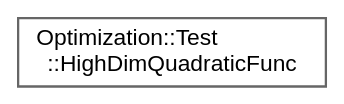
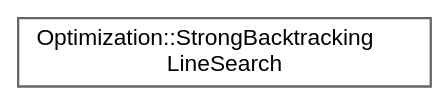
The diagram in inherit_graph_12.dot (jswoo0615/Algorithms_for_Optimization_cpp), drawn with Graphviz before and after one commit. The commit also changed 36 other files, not shown here.

```diff
--- a/inherit_graph_12.dot
+++ b/inherit_graph_12.dot
@@ -1,9 +1,9 @@
 digraph "Graphical Class Hierarchy"
 {
  // LATEX_PDF_SIZE
   bgcolor="transparent";
   edge [fontname=Helvetica,fontsize=10,labelfontname=Helvetica,labelfontsize=10];
   node [fontname=Helvetica,fontsize=10,shape=box,height=0.2,width=0.4];
   rankdir="LR";
-  Node0 [id="Node000000",label="Optimization::Test\l::HighDimQuadraticFunc",height=0.2,width=0.4,color="grey40", fillcolor="white", style="filled",URL="$structOptimization_1_1Test_1_1HighDimQuadraticFunc.html",tooltip=" "];
+  Node0 [id="Node000000",label="Optimization::StrongBacktracking\lLineSearch",height=0.2,width=0.4,color="grey40", fillcolor="white", style="filled",URL="$classOptimization_1_1StrongBacktrackingLineSearch.html",tooltip="[Chapter 4] Algorithm 4.3 : Strong Backtracking Line Search Armijo (충분 감소) 조건과 Strong Curvature (강한 곡..."];
 }
```
